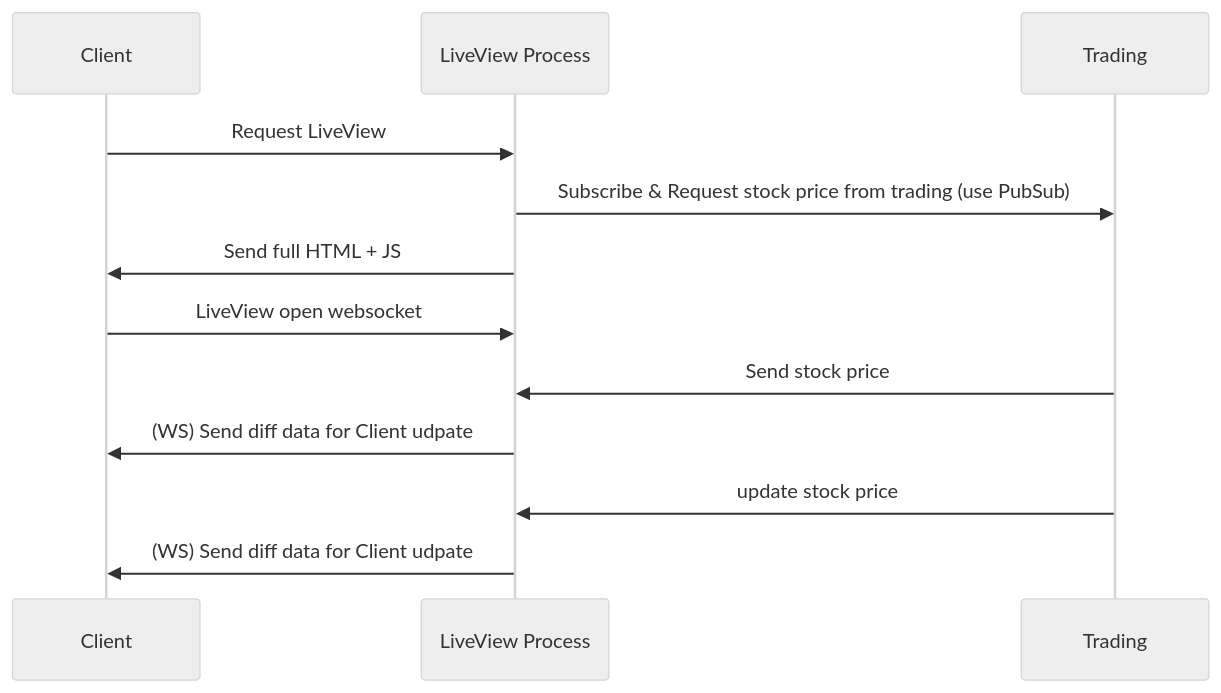
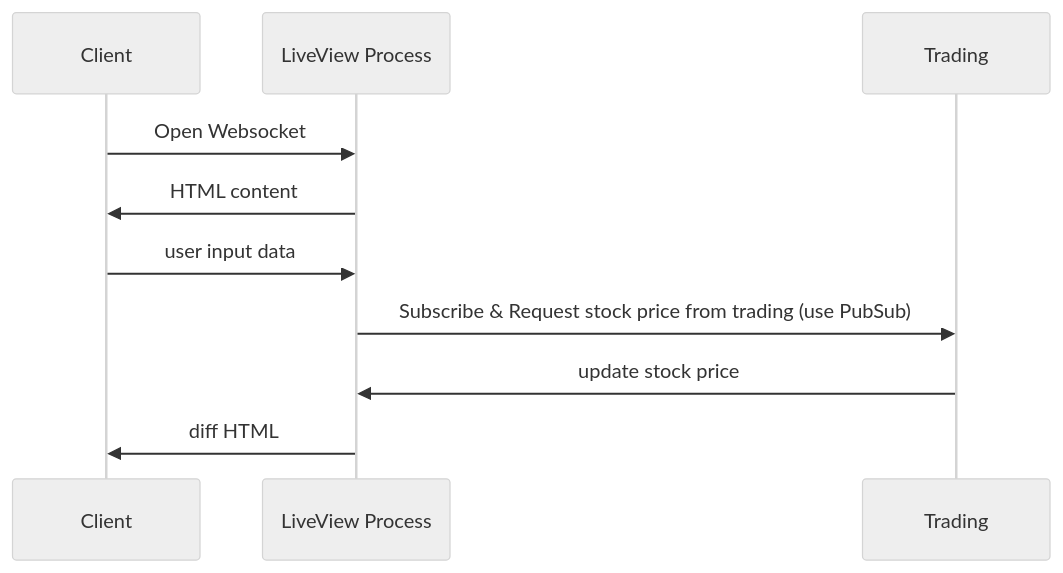
One commit to ohhi-vn/live_pub_demo changed the fourth of 4 diagrams in README.md. Above: the diagram before and after it, drawn with Mermaid (neutral theme). The commit also changed other lines of this file and 1 other file, not shown here.

Commit message:
udpate README & slide

````diff
--- a/README.md
+++ b/README.md
@@ -17,14 +54,12 @@
 ```mermaid
 sequenceDiagram
     participant Client
     participant LiveView Process
     participant Trading
-    Client->>LiveView Process: Request LiveView
+    Client->>LiveView Process:  Open Websocket
+    LiveView Process->>Client: HTML content
+    Client->>LiveView Process:  user input data
     LiveView Process->>Trading: Subscribe & Request stock price from trading (use PubSub)
-    LiveView Process->>Client: Send full HTML + JS
-    Client->>LiveView Process: LiveView open websocket
-    Trading->>LiveView Process: Send stock price
-    LiveView Process->>Client: (WS) Send diff data for Client udpate
     Trading->>LiveView Process: update stock price
-    LiveView Process->>Client: (WS) Send diff data for Client udpate
+    LiveView Process->>Client: diff HTML
 ```
````
